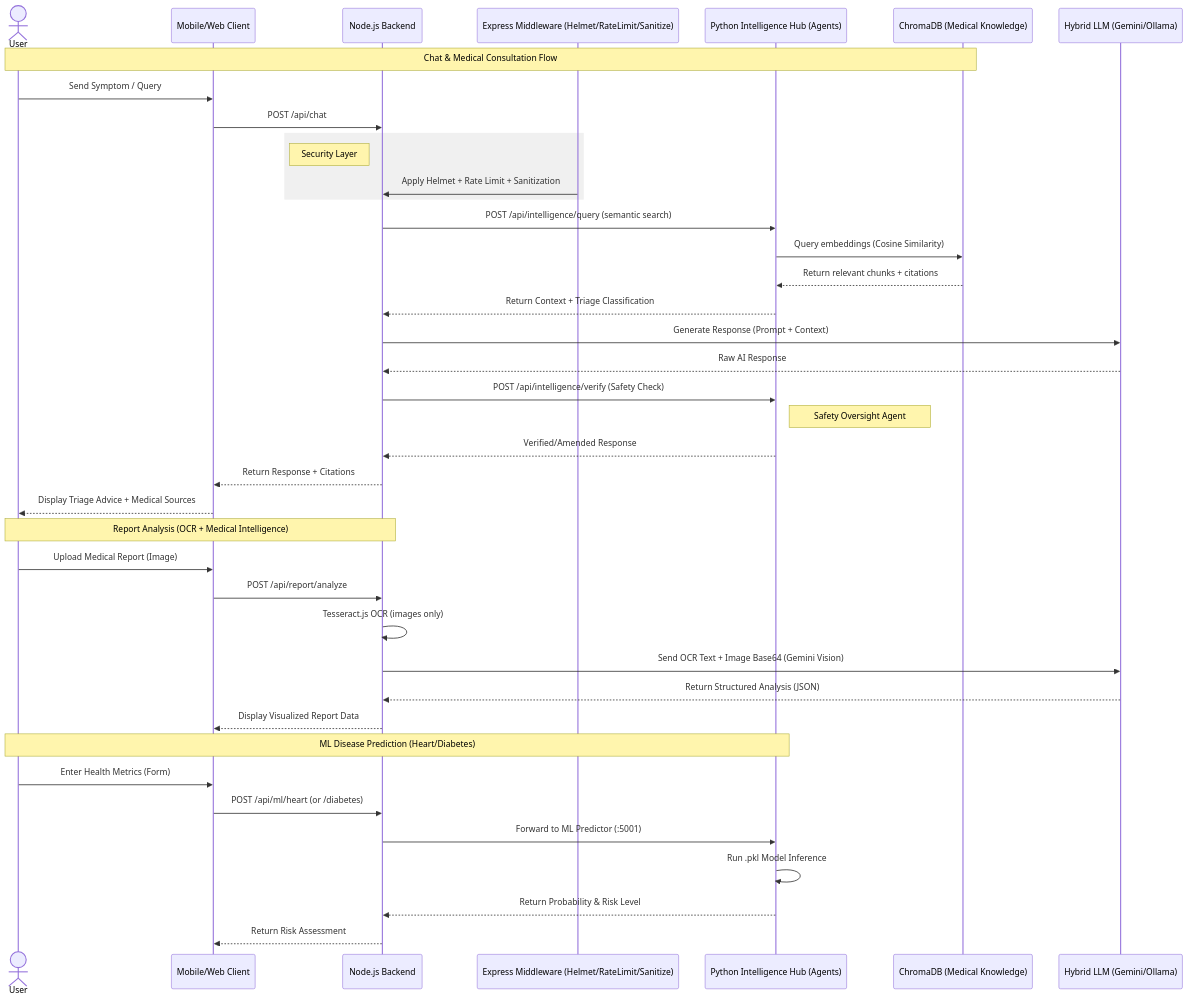
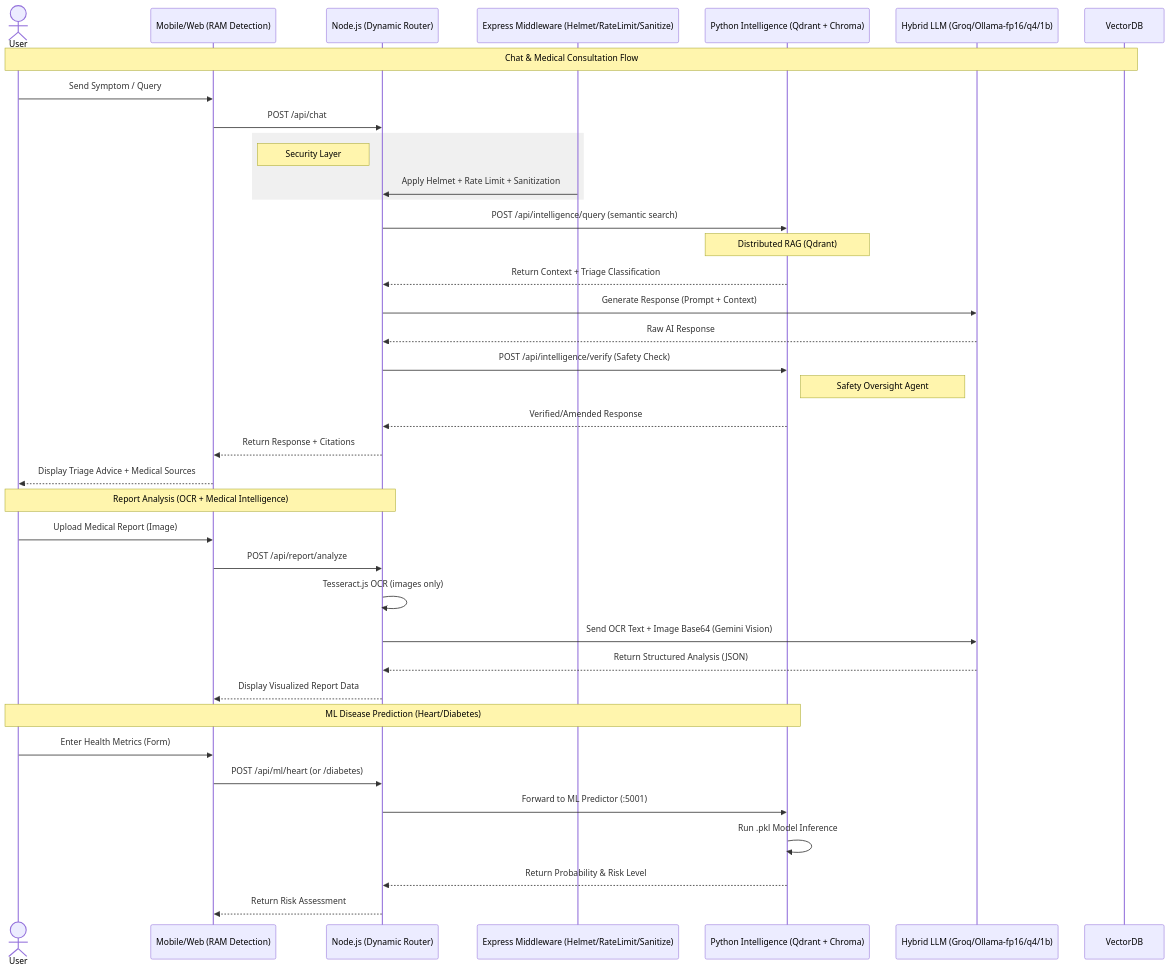
The first of 3 diagrams in README.md (yashsrivastava1408/Aether-Clinic), drawn with Mermaid before and after one commit. The commit also changed other lines of this file and 6 other files, not shown here.

````diff
--- a/README.md
+++ b/README.md
@@ -7,51 +7,49 @@
 ```mermaid
 sequenceDiagram
     actor User
-    participant App as Mobile/Web Client
-    participant Server as Node.js Backend
+    participant App as Mobile/Web (RAM Detection)
+    participant Server as Node.js (Dynamic Router)
     participant Security as Express Middleware (Helmet/RateLimit/Sanitize)
-    participant IntelHub as Python Intelligence Hub (Agents)
-    participant VectorDB as ChromaDB (Medical Knowledge)
-    participant LLM as Hybrid LLM (Gemini/Ollama)
+    participant IntelHub as Python Intelligence (Qdrant + Chroma)
+    participant LLM as Hybrid LLM (Groq/Ollama-fp16/q4/1b)
     
     Note over User,VectorDB: Chat & Medical Consultation Flow
     User->>App: Send Symptom / Query
     App->>Server: POST /api/chat
     
     rect rgb(240, 240, 240)
         Note left of Server: Security Layer
         Security->>Server: Apply Helmet + Rate Limit + Sanitization
     end
 
     Server->>IntelHub: POST /api/intelligence/query (semantic search)
-    IntelHub->>VectorDB: Query embeddings (Cosine Similarity)
-    VectorDB-->>IntelHub: Return relevant chunks + citations
+    Note over IntelHub: Distributed RAG (Qdrant)
     IntelHub-->>Server: Return Context + Triage Classification
     
     Server->>LLM: Generate Response (Prompt + Context)
     LLM-->>Server: Raw AI Response
     
     Server->>IntelHub: POST /api/intelligence/verify (Safety Check)
     Note right of IntelHub: Safety Oversight Agent
     IntelHub-->>Server: Verified/Amended Response
     
     Server-->>App: Return Response + Citations
     App-->>User: Display Triage Advice + Medical Sources
 
     Note over User,Server: Report Analysis (OCR + Medical Intelligence)
     User->>App: Upload Medical Report (Image)
     App->>Server: POST /api/report/analyze
     
     Server->>Server: Tesseract.js OCR (images only)
     Server->>LLM: Send OCR Text + Image Base64 (Gemini Vision)
     LLM-->>Server: Return Structured Analysis (JSON)
     Server-->>App: Display Visualized Report Data
 
     Note over User,IntelHub: ML Disease Prediction (Heart/Diabetes)
     User->>App: Enter Health Metrics (Form)
     App->>Server: POST /api/ml/heart (or /diabetes)
     Server->>IntelHub: Forward to ML Predictor (:5001)
     IntelHub->>IntelHub: Run .pkl Model Inference
     IntelHub-->>Server: Return Probability & Risk Level
     Server-->>App: Return Risk Assessment
 ```
````
